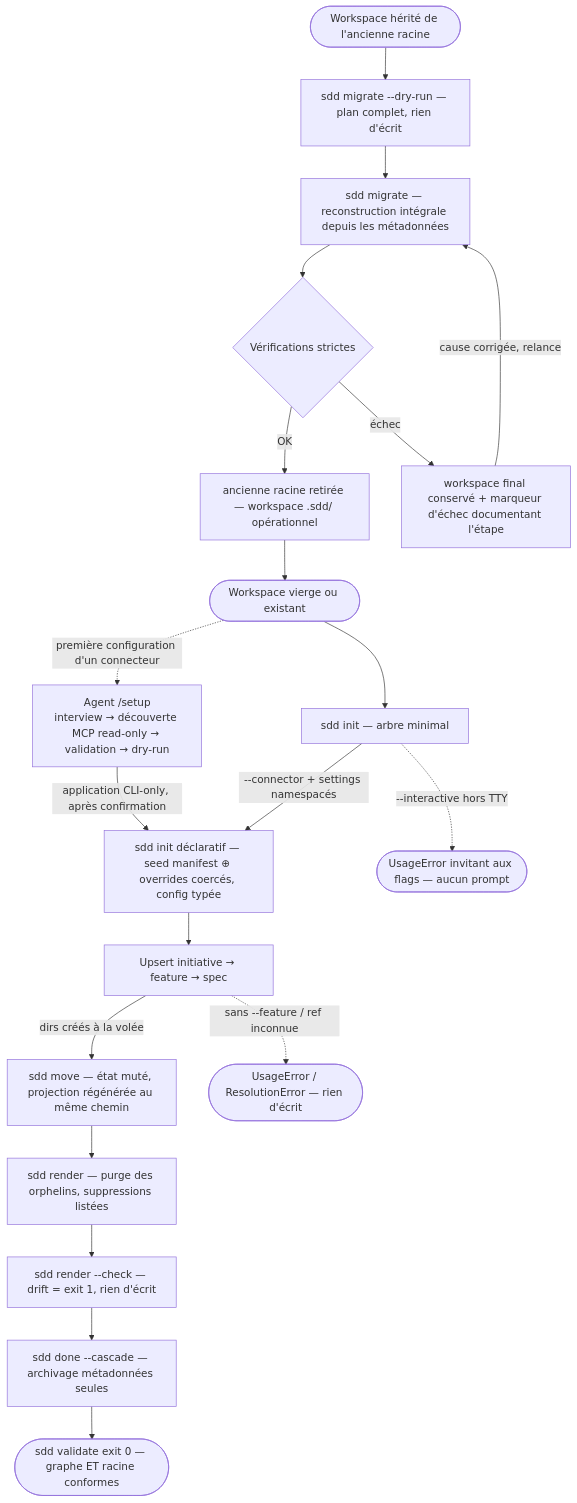
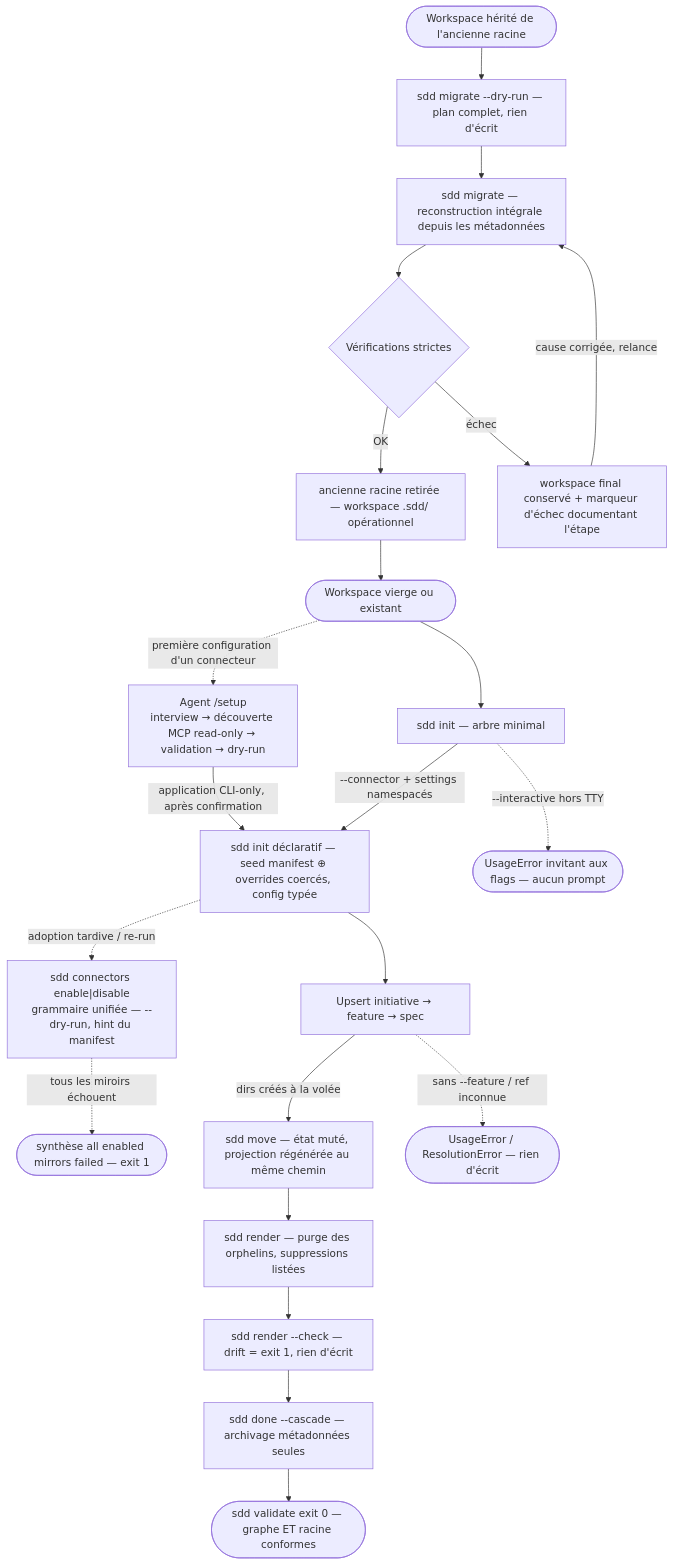
Before and after one commit to ngdo-pro/sdd: the diagram in .sdd/knowledge/domains/spec-model/behavior.md, drawn with Mermaid. The commit also changed other lines of this file and 23 other files, not shown here.

````diff
--- a/.sdd/knowledge/domains/spec-model/behavior.md
+++ b/.sdd/knowledge/domains/spec-model/behavior.md
@@ -27,22 +27,24 @@
 ```mermaid
 flowchart TD
     Legacy([Workspace hérité de l'ancienne racine]) --> Plan[sdd migrate --dry-run — plan complet, rien d'écrit]
     Plan --> Migrate[sdd migrate — reconstruction intégrale depuis les métadonnées]
     Migrate --> Gate{Vérifications strictes}
     Gate -->|OK| Retire[ancienne racine retirée — workspace .sdd/ opérationnel]
     Gate -->|échec| Marker[workspace final conservé + marqueur d'échec documentant l'étape]
     Marker -->|cause corrigée, relance| Migrate
     Retire --> Start
     Start([Workspace vierge ou existant]) --> Init[sdd init — arbre minimal]
     Start -.->|première configuration d'un connecteur| Setup["Agent /setup<br>interview → découverte MCP read-only → validation → dry-run"]
     Setup -->|application CLI-only, après confirmation| Decl
     Init -->|--connector + settings namespacés| Decl[sdd init déclaratif — seed manifest ⊕ overrides coercés, config typée]
     Init -.->|--interactive hors TTY| ErrTTY([UsageError invitant aux flags — aucun prompt])
     Decl --> Frame[Upsert initiative → feature → spec]
+    Decl -.->|adoption tardive / re-run| Late["sdd connectors enable|disable<br>grammaire unifiée — --dry-run, hint du manifest"]
+    Late -.->|tous les miroirs échouent| Fail1([synthèse all enabled mirrors failed — exit 1])
     Frame -->|dirs créés à la volée| Move[sdd move — état muté, projection régénérée au même chemin]
     Frame -.->|sans --feature / ref inconnue| Err([UsageError / ResolutionError — rien d'écrit])
     Move --> Render[sdd render — purge des orphelins, suppressions listées]
     Render --> Check[sdd render --check — drift = exit 1, rien d'écrit]
     Check --> Done[sdd done --cascade — archivage métadonnées seules]
     Done --> Valid([sdd validate exit 0 — graphe ET racine conformes])
 ```
````
